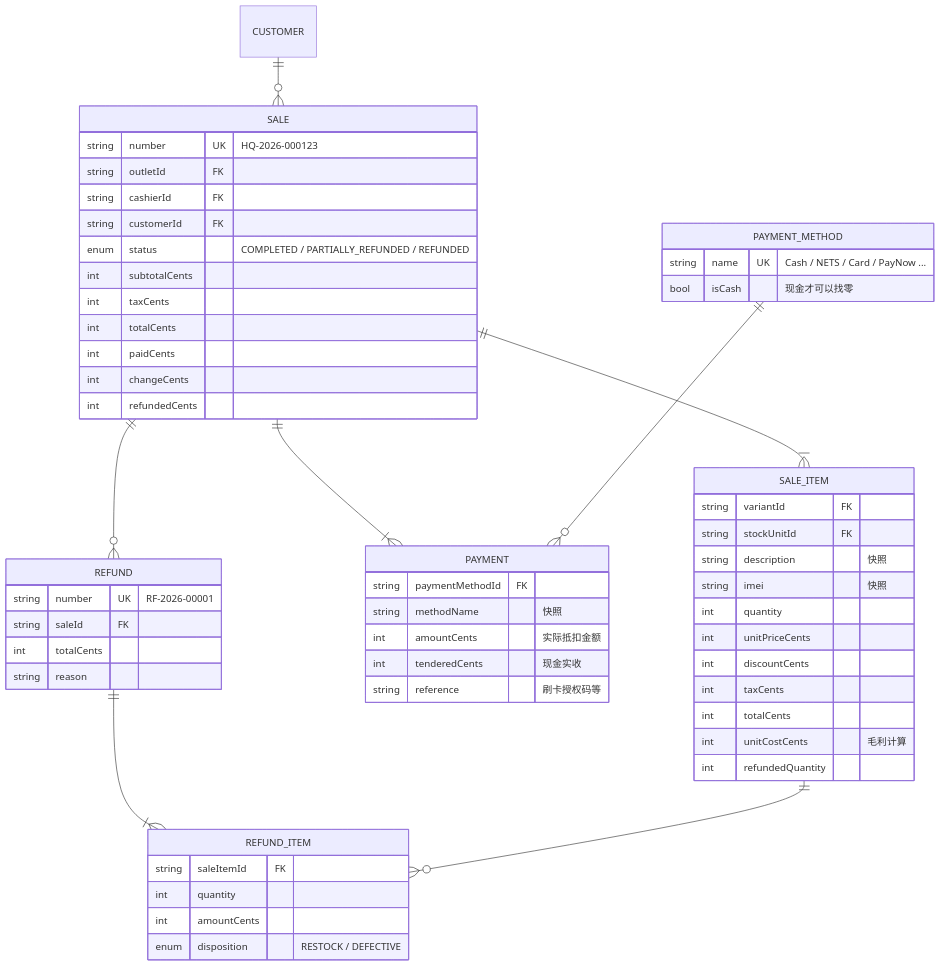
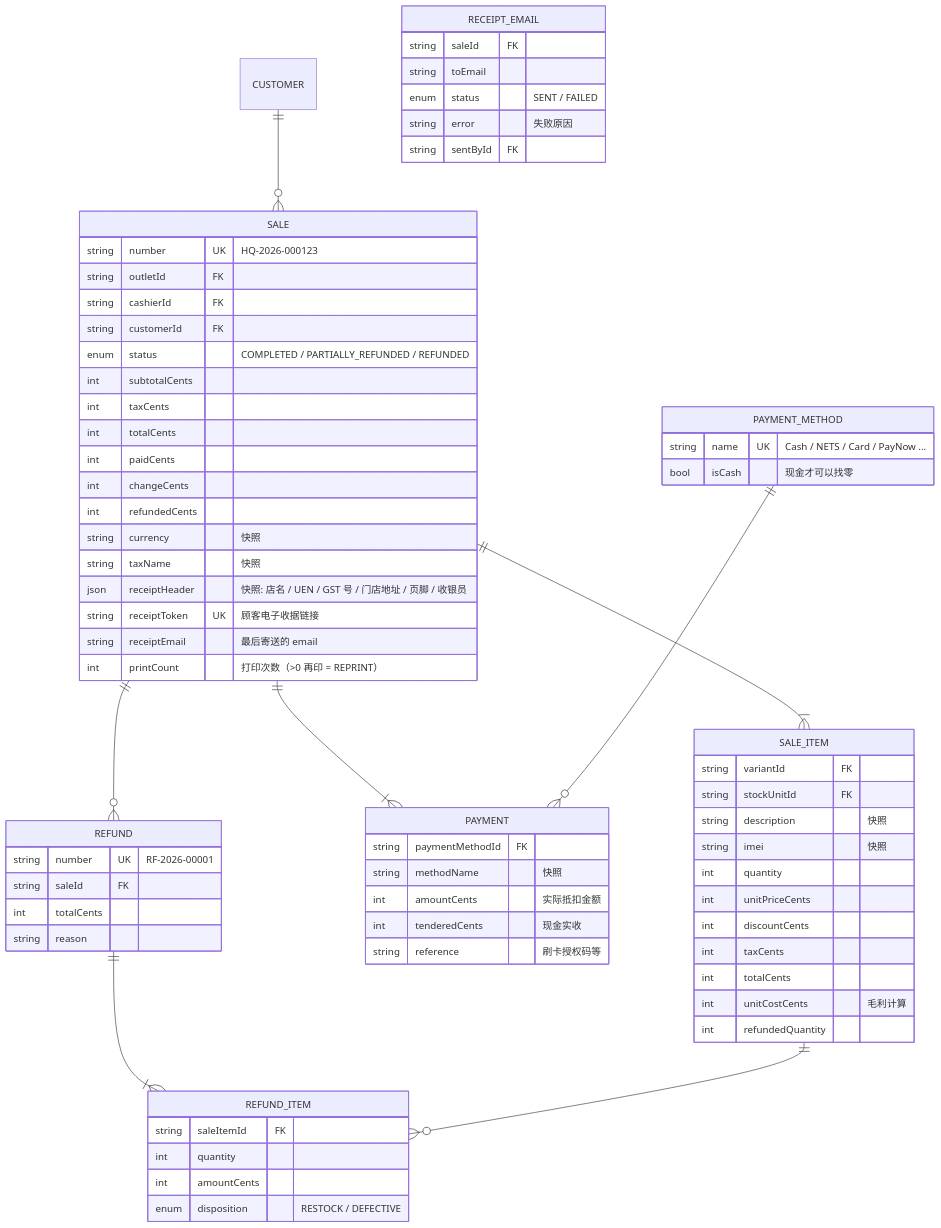
Before and after one commit to AhHau92/pos-saas: the seventh of 7 diagrams in docs/02-database-erd.md, drawn with Mermaid. The commit also changed other lines of this file and 78 other files, not shown here.

````diff
--- a/docs/02-database-erd.md
+++ b/docs/02-database-erd.md
@@ -242,60 +251,73 @@
 ```mermaid
 erDiagram
     CUSTOMER ||--o{ SALE : ""
     SALE ||--|{ SALE_ITEM : ""
     SALE ||--|{ PAYMENT : ""
     SALE ||--o{ REFUND : ""
     REFUND ||--|{ REFUND_ITEM : ""
     SALE_ITEM ||--o{ REFUND_ITEM : ""
     PAYMENT_METHOD ||--o{ PAYMENT : ""
 
     SALE {
         string number UK "HQ-2026-000123"
         string outletId FK
         string cashierId FK
         string customerId FK
         enum status "COMPLETED / PARTIALLY_REFUNDED / REFUNDED"
         int subtotalCents
         int taxCents
         int totalCents
         int paidCents
         int changeCents
         int refundedCents
+        string currency "快照"
+        string taxName "快照"
+        json receiptHeader "快照: 店名 / UEN / GST 号 / 门店地址 / 页脚 / 收银员"
+        string receiptToken UK "顾客电子收据链接"
+        string receiptEmail "最后寄送的 email"
+        int printCount "打印次数（>0 再印 = REPRINT）"
+    }
+    RECEIPT_EMAIL {
+        string saleId FK
+        string toEmail
+        enum status "SENT / FAILED"
+        string error "失败原因"
+        string sentById FK
     }
     SALE_ITEM {
         string variantId FK
         string stockUnitId FK
         string description "快照"
         string imei "快照"
         int quantity
         int unitPriceCents
         int discountCents
         int taxCents
         int totalCents
         int unitCostCents "毛利计算"
         int refundedQuantity
     }
     PAYMENT {
         string paymentMethodId FK
         string methodName "快照"
         int amountCents "实际抵扣金额"
         int tenderedCents "现金实收"
         string reference "刷卡授权码等"
     }
     PAYMENT_METHOD {
         string name UK "Cash / NETS / Card / PayNow ..."
         bool isCash "现金才可以找零"
     }
     REFUND {
         string number UK "RF-2026-00001"
         string saleId FK
         int totalCents
         string reason
     }
     REFUND_ITEM {
         string saleItemId FK
         int quantity
         int amountCents
         enum disposition "RESTOCK / DEFECTIVE"
     }
 ```
````
